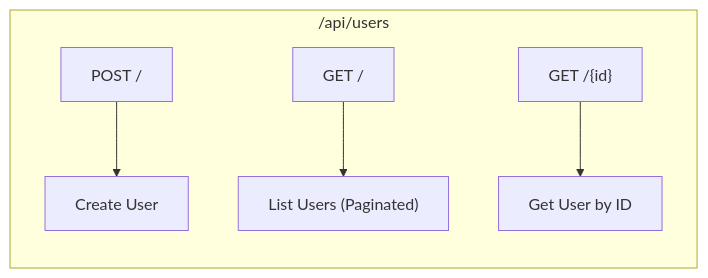
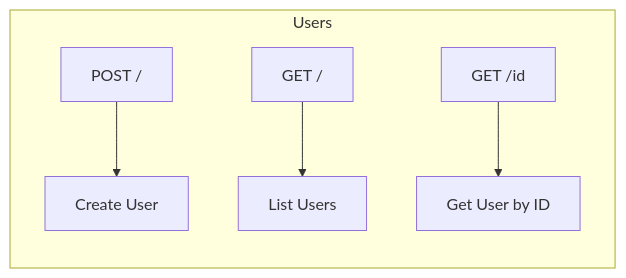
Before and after one commit to berserk3142-max/REST-API-for-a-Task-Management-system: the fifth of 8 diagrams in README.md, drawn with Mermaid. The commit also changed other lines of this file, not shown here.

````diff
--- a/README.md
+++ b/README.md
@@ -249,8 +249,8 @@
 ```mermaid
 flowchart LR
-    subgraph Users["/api/users"]
-        POST_U["POST /"] --> CreateUser["Create User"]
-        GET_U["GET /"] --> ListUsers["List Users (Paginated)"]
-        GET_UID["GET /{id}"] --> GetUser["Get User by ID"]
+    subgraph Users
+        POST_U[POST /] --> CreateUser[Create User]
+        GET_U[GET /] --> ListUsers[List Users]
+        GET_UID[GET /id] --> GetUser[Get User by ID]
     end
 ```
````
